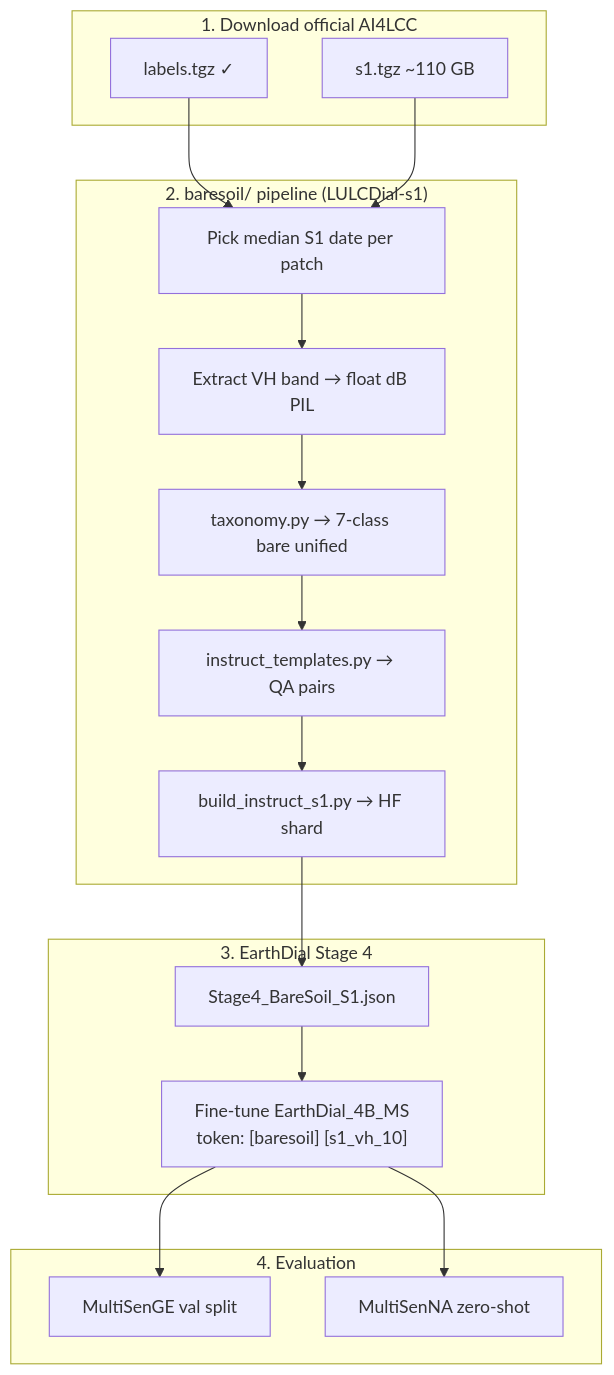
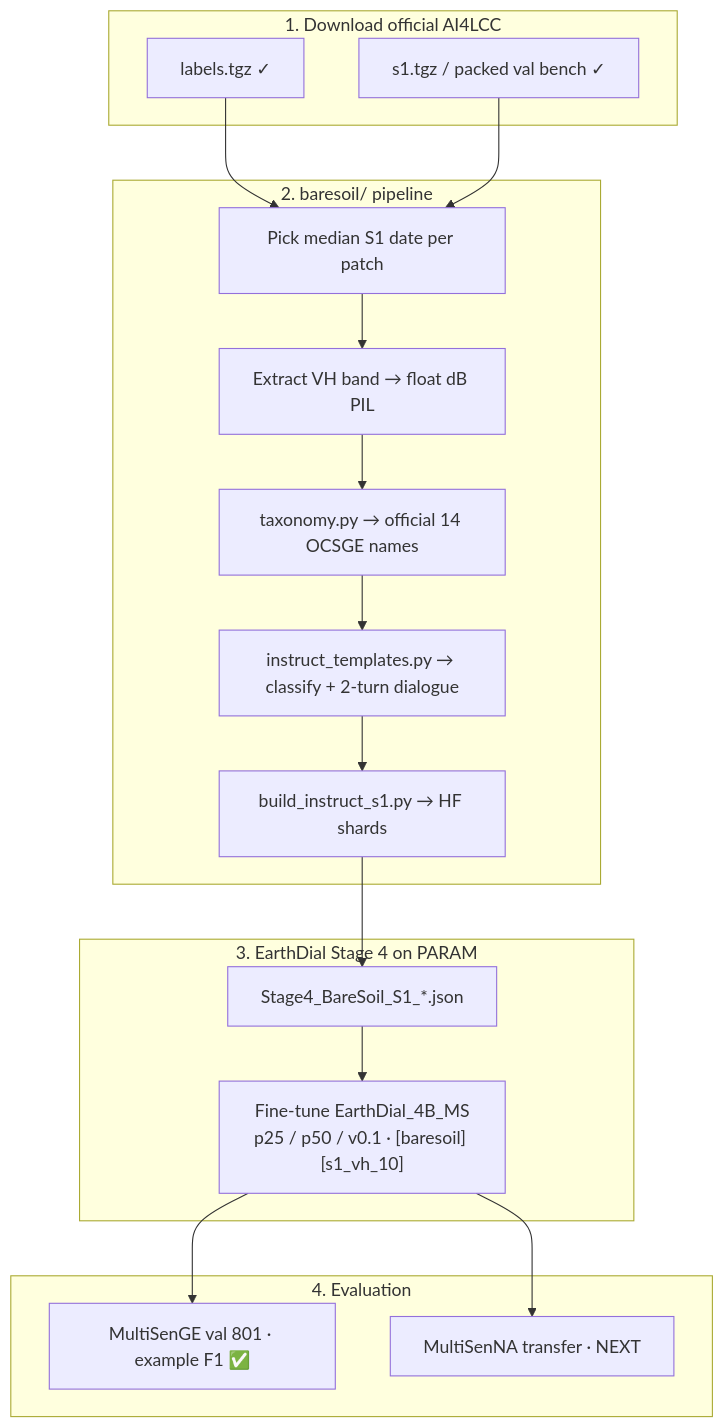
One commit to Riha-K/MTP changed the fifth of 5 diagrams in BenchmarkGuide/AI4LCC/MultiSenGE_AI4LCC_Complete_Analysis.md. Above: the diagram before and after it, drawn with Mermaid. The commit also changed other lines of this file and 8 other files, not shown here.

First line of the commit message:
Update docs so Stage 1 done status and MultiSenNA next match.

````diff
--- a/BenchmarkGuide/AI4LCC/MultiSenGE_AI4LCC_Complete_Analysis.md
+++ b/BenchmarkGuide/AI4LCC/MultiSenGE_AI4LCC_Complete_Analysis.md
@@ -456,32 +448,32 @@
 ```mermaid
 flowchart TB
     subgraph DOWNLOAD["1. Download official AI4LCC"]
         L["labels.tgz ✓"]
-        S1["s1.tgz ~110 GB"]
+        S1["s1.tgz / packed val bench ✓"]
     end
 
-    subgraph BUILD["2. baresoil/ pipeline (LULCDial-s1)"]
+    subgraph BUILD["2. baresoil/ pipeline"]
         PICK["Pick median S1 date per patch"]
         VH["Extract VH band → float dB PIL"]
-        TAX["taxonomy.py → 7-class bare unified"]
-        QA["instruct_templates.py → QA pairs"]
-        SHARD["build_instruct_s1.py → HF shard"]
+        TAX["taxonomy.py → official 14 OCSGE names"]
+        QA["instruct_templates.py → classify + 2-turn dialogue"]
+        SHARD["build_instruct_s1.py → HF shards"]
     end
 
-    subgraph TRAIN["3. EarthDial Stage 4"]
-        CFG["Stage4_BareSoil_S1.json"]
-        FT["Fine-tune EarthDial_4B_MS<br/>token: [baresoil] [s1_vh_10]"]
+    subgraph TRAIN["3. EarthDial Stage 4 on PARAM"]
+        CFG["Stage4_BareSoil_S1_*.json"]
+        FT["Fine-tune EarthDial_4B_MS<br/>p25 / p50 / v0.1 · [baresoil] [s1_vh_10]"]
     end
 
     subgraph EVAL["4. Evaluation"]
-        VAL["MultiSenGE val split"]
-        NA["MultiSenNA zero-shot"]
+        VAL["MultiSenGE val 801 · example F1 ✅"]
+        NA["MultiSenNA transfer · NEXT"]
     end
 
     L --> PICK
     S1 --> PICK
     PICK --> VH --> TAX --> QA --> SHARD
     SHARD --> CFG --> FT
     FT --> VAL
     FT --> NA
 ```
````
